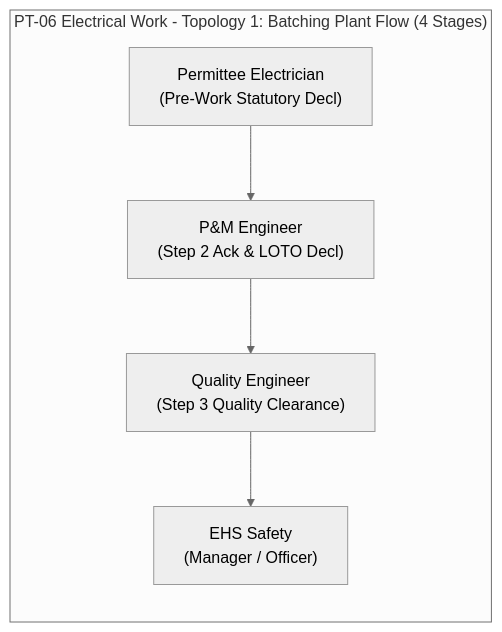
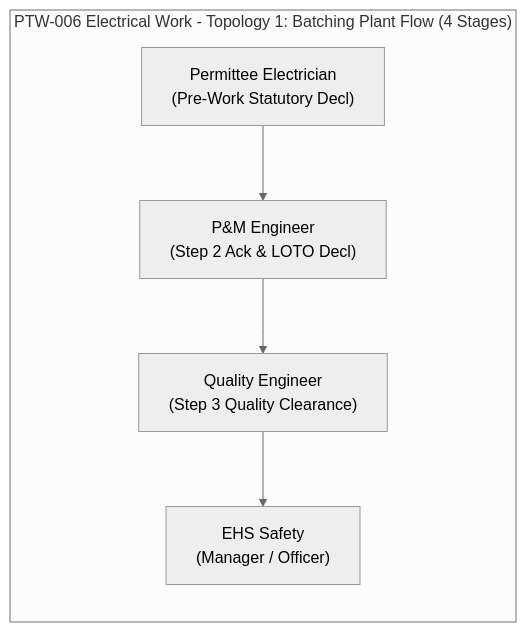
Before and after one commit to AuroGroupAutomationBot/ARPL-EHS-Demo: the seventh of 31 diagrams in README.md, drawn with Mermaid (neutral theme). The commit also changed other lines of this file and 17 other files, not shown here.

````diff
--- a/README.md
+++ b/README.md
@@ -384,8 +385,8 @@
 ```mermaid
 graph LR
-    subgraph "PT-06 Electrical Work - Topology 1: Batching Plant Flow (4 Stages)"
+    subgraph "PTW-006 Electrical Work - Topology 1: Batching Plant Flow (4 Stages)"
         EL1["Permittee Electrician<br/>(Pre-Work Statutory Decl)"] --> EL2["P&M Engineer<br/>(Step 2 Ack & LOTO Decl)"]
         EL2 --> EL3["Quality Engineer<br/>(Step 3 Quality Clearance)"]
         EL3 --> EL4["EHS Safety<br/>(Manager / Officer)"]
     end
 ```
````
